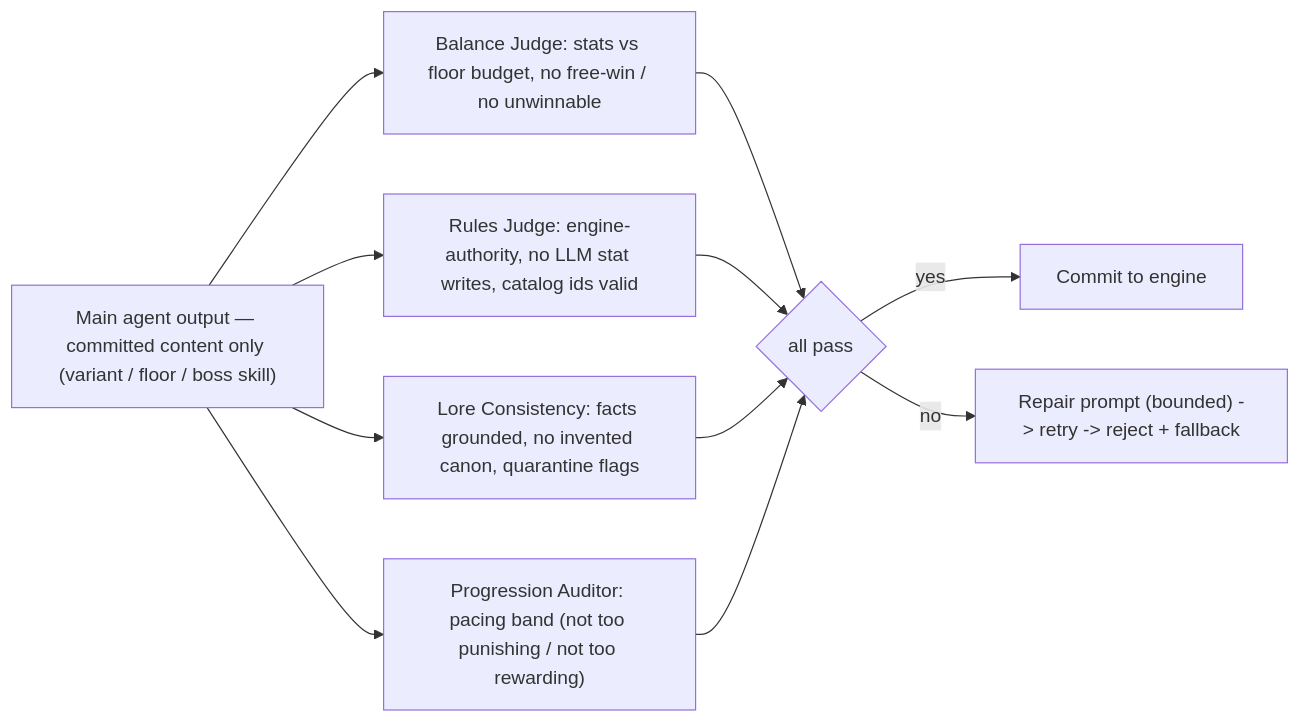
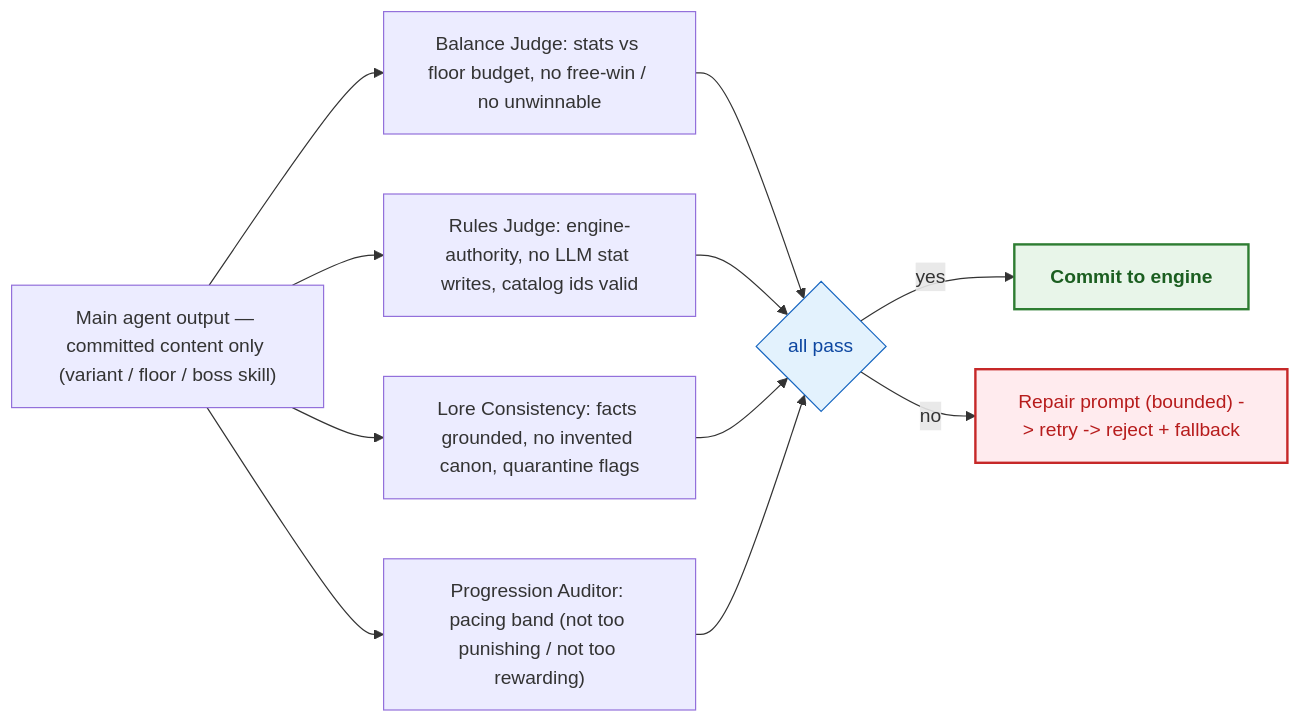
One commit to Ember96/Heirs-of-the-Abyss changed the second of 2 diagrams in docs/07-agent-design.md. Above: the diagram before and after it, drawn with Mermaid. The commit also changed other lines of this file and 9 other files, not shown here.

Commit message:
docs: color-code mermaid diagrams + specs/README with statement-type conventions

````diff
--- a/docs/07-agent-design.md
+++ b/docs/07-agent-design.md
@@ -34,13 +41,17 @@
 ```mermaid
 flowchart LR
+  classDef ok  fill:#E8F5E9,stroke:#2E7D32,stroke-width:2px,color:#1B5E20,font-weight:bold
+  classDef bad fill:#FFEBEE,stroke:#C62828,stroke-width:2px,color:#B71C1C
+  classDef info fill:#E3F2FD,stroke:#1565C0,color:#0D47A1
+
   A["Main agent output — committed content only (variant / floor / boss skill)"] --> B["Balance Judge: stats vs floor budget, no free-win / no unwinnable"]
   A --> C["Rules Judge: engine-authority, no LLM stat writes, catalog ids valid"]
   A --> D["Lore Consistency: facts grounded, no invented canon, quarantine flags"]
   A --> E["Progression Auditor: pacing band (not too punishing / not too rewarding)"]
-  B --> F{"all pass"}
+  B --> F{"all pass"}:::info
   C --> F
   D --> F
   E --> F
-  F -->|yes| G["Commit to engine"]
-  F -->|no| H["Repair prompt (bounded) -> retry -> reject + fallback"]
+  F -->|yes| G["Commit to engine"]:::ok
+  F -->|no| H["Repair prompt (bounded) -> retry -> reject + fallback"]:::bad
 ```
````
